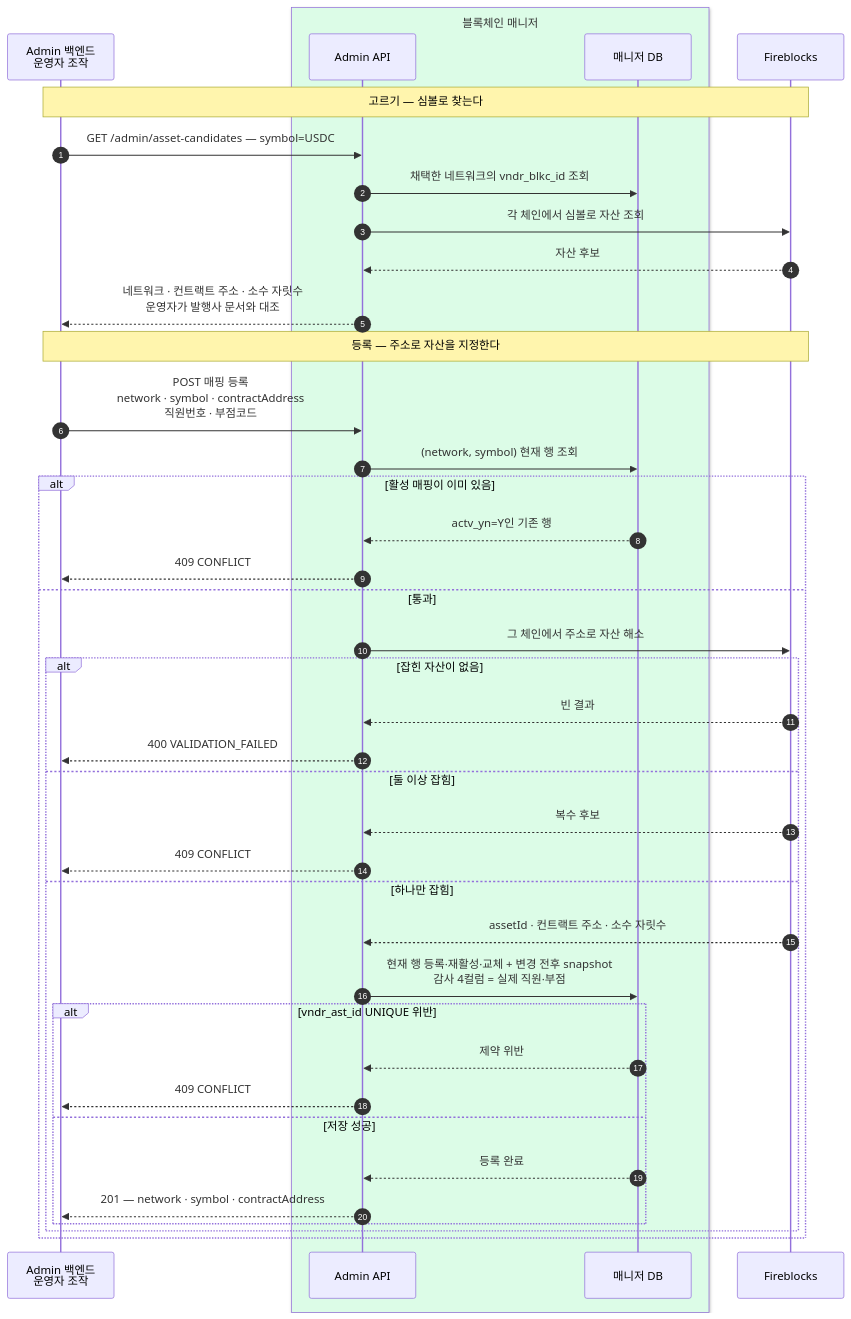
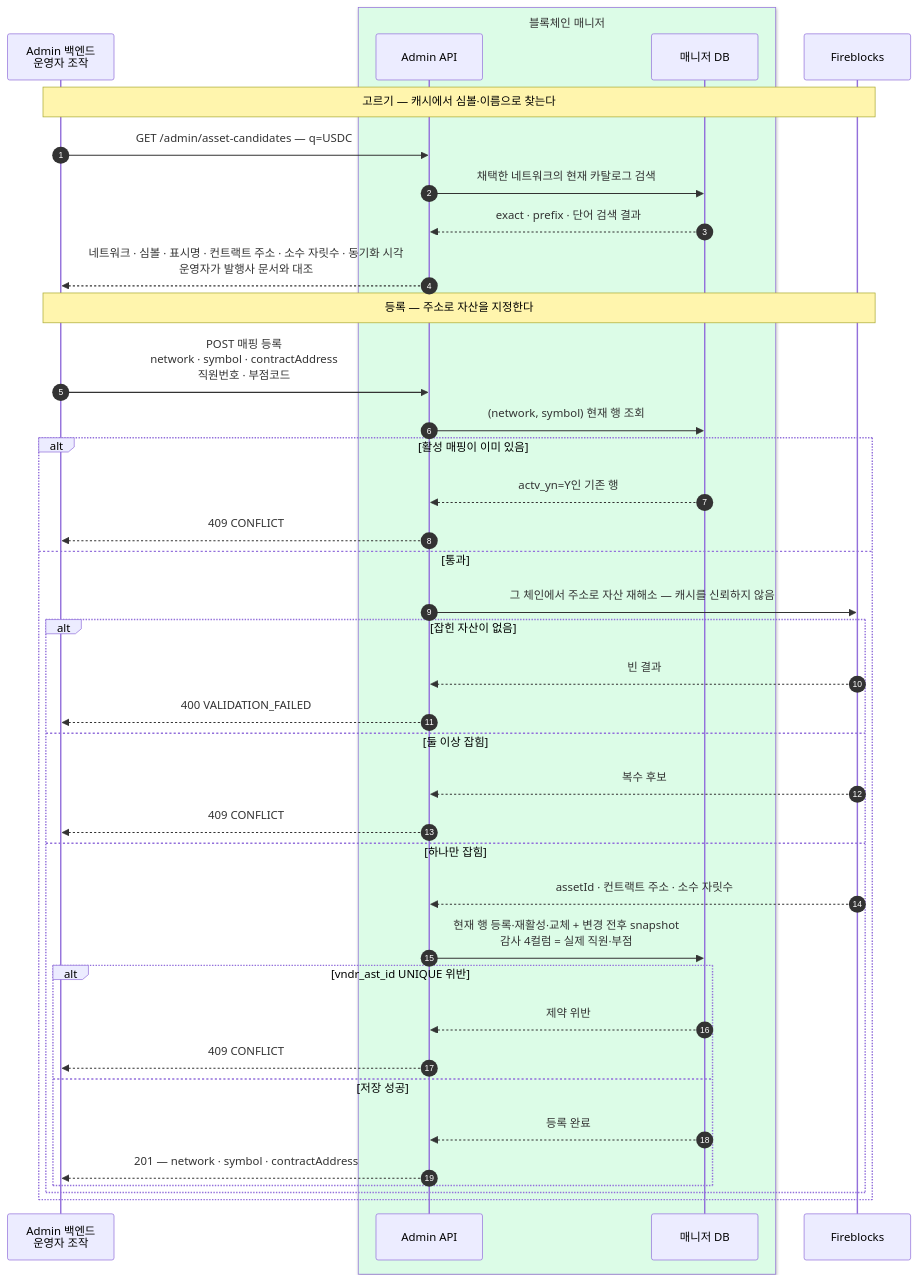
Before and after one commit to eunsujeo/fireblocks-test: the diagram in docs/design/07-asset-master.md, drawn with Mermaid. The commit also changed other lines of this file and 23 other files, not shown here.

First line of the commit message:
Admin 자산 검색 경험과 API 응답 가독성을 개선

````diff
--- a/docs/design/07-asset-master.md
+++ b/docs/design/07-asset-master.md
@@ -131,44 +178,43 @@
 ```mermaid
 sequenceDiagram
     autonumber
     participant ADM as Admin 백엔드<br/>운영자 조작
     box rgb(220,252,231) 블록체인 매니저
     participant API as Admin API
     participant MDB as 매니저 DB
     end
     participant FB as Fireblocks
 
-    Note over ADM,FB: 고르기 — 심볼로 찾는다
-    ADM->>API: GET /admin/asset-candidates — symbol=USDC
-    API->>MDB: 채택한 네트워크의 vndr_blkc_id 조회
-    API->>FB: 각 체인에서 심볼로 자산 조회
-    FB-->>API: 자산 후보
-    API-->>ADM: 네트워크 · 컨트랙트 주소 · 소수 자릿수<br/>운영자가 발행사 문서와 대조
+    Note over ADM,FB: 고르기 — 캐시에서 심볼·이름으로 찾는다
+    ADM->>API: GET /admin/asset-candidates — q=USDC
+    API->>MDB: 채택한 네트워크의 현재 카탈로그 검색
+    MDB-->>API: exact · prefix · 단어 검색 결과
+    API-->>ADM: 네트워크 · 심볼 · 표시명 · 컨트랙트 주소 · 소수 자릿수 · 동기화 시각<br/>운영자가 발행사 문서와 대조
 
     Note over ADM,FB: 등록 — 주소로 자산을 지정한다
     ADM->>API: POST 매핑 등록<br/>network · symbol · contractAddress<br/>직원번호 · 부점코드
     API->>MDB: (network, symbol) 현재 행 조회
     alt 활성 매핑이 이미 있음
         MDB-->>API: actv_yn=Y인 기존 행
         API-->>ADM: 409 CONFLICT
     else 통과
-        API->>FB: 그 체인에서 주소로 자산 해소
+        API->>FB: 그 체인에서 주소로 자산 재해소 — 캐시를 신뢰하지 않음
         alt 잡힌 자산이 없음
             FB-->>API: 빈 결과
             API-->>ADM: 400 VALIDATION_FAILED
         else 둘 이상 잡힘
             FB-->>API: 복수 후보
             API-->>ADM: 409 CONFLICT
         else 하나만 잡힘
             FB-->>API: assetId · 컨트랙트 주소 · 소수 자릿수
             API->>MDB: 현재 행 등록·재활성·교체 + 변경 전후 snapshot<br/>감사 4컬럼 = 실제 직원·부점
             alt vndr_ast_id UNIQUE 위반
                 MDB-->>API: 제약 위반
                 API-->>ADM: 409 CONFLICT
             else 저장 성공
                 MDB-->>API: 등록 완료
                 API-->>ADM: 201 — network · symbol · contractAddress
             end
         end
     end
 ```
````
